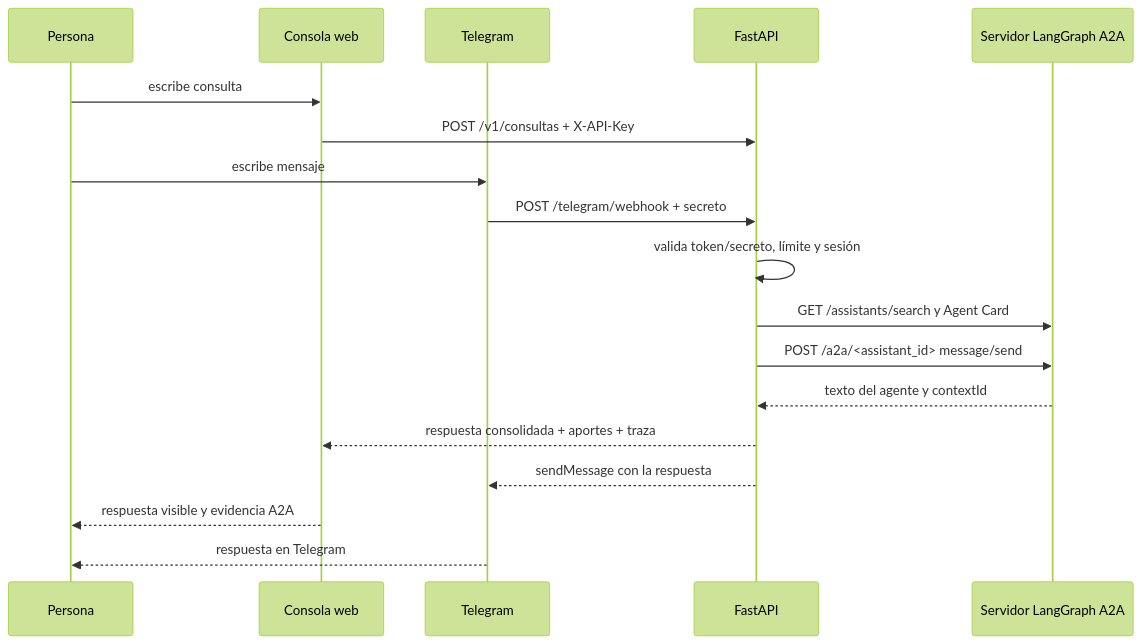
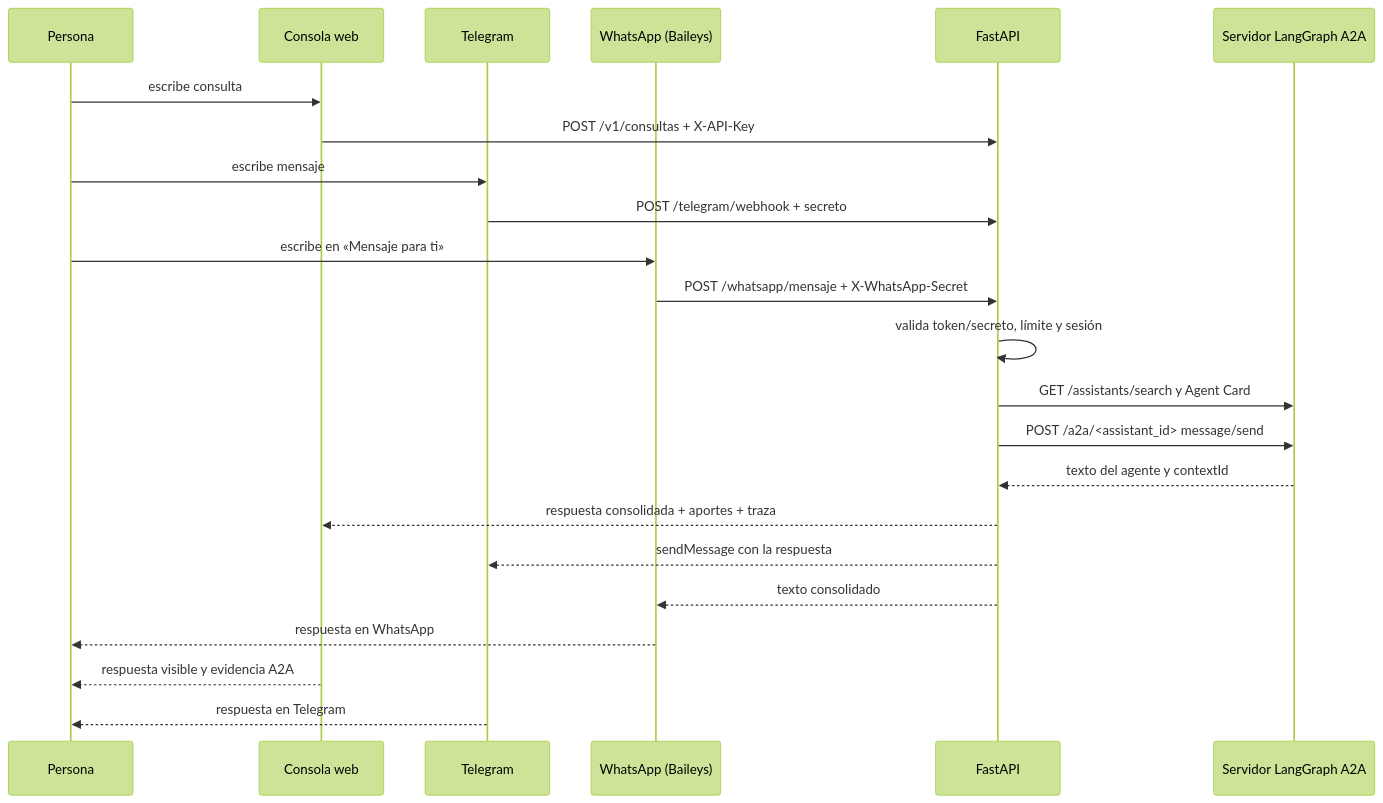
The diagram in servicio-fastapi/README.md (czapata1976/A2A-grupo1-final), drawn with Mermaid (forest theme) before and after one commit. The commit also changed other lines of this file and 27 other files, not shown here.

First line of the commit message:
Integra el canal WhatsApp con puente Baileys y panel de vinculacion

````diff
--- a/servicio-fastapi/README.md
+++ b/servicio-fastapi/README.md
@@ -37,20 +45,25 @@
 ```mermaid
 sequenceDiagram
     participant P as Persona
     participant W as Consola web
     participant T as Telegram
+    participant Q as WhatsApp (Baileys)
     participant F as FastAPI
     participant A as Servidor LangGraph A2A
     P->>W: escribe consulta
     W->>F: POST /v1/consultas + X-API-Key
     P->>T: escribe mensaje
     T->>F: POST /telegram/webhook + secreto
+    P->>Q: escribe en «Mensaje para ti»
+    Q->>F: POST /whatsapp/mensaje + X-WhatsApp-Secret
     F->>F: valida token/secreto, límite y sesión
     F->>A: GET /assistants/search y Agent Card
     F->>A: POST /a2a/<assistant_id> message/send
     A-->>F: texto del agente y contextId
     F-->>W: respuesta consolidada + aportes + traza
     F-->>T: sendMessage con la respuesta
+    F-->>Q: texto consolidado
+    Q-->>P: respuesta en WhatsApp
     W-->>P: respuesta visible y evidencia A2A
     T-->>P: respuesta en Telegram
 ```
````
